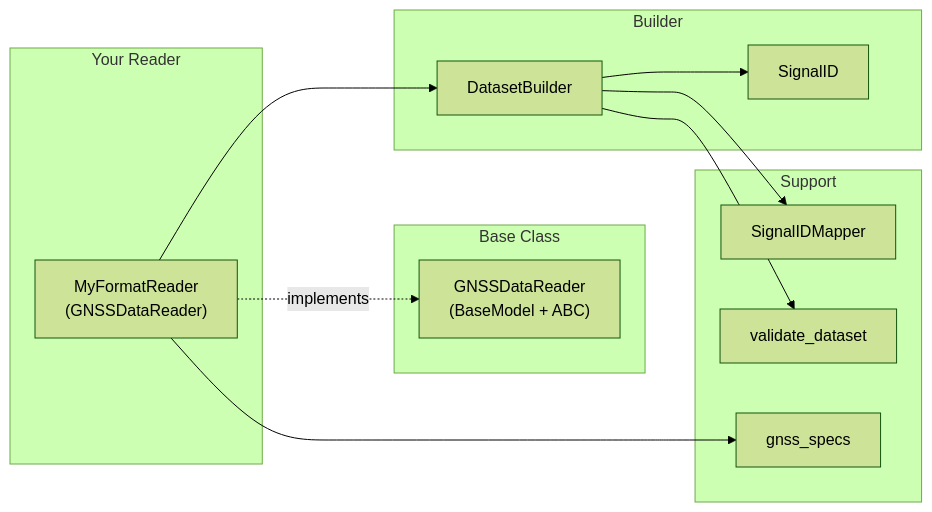
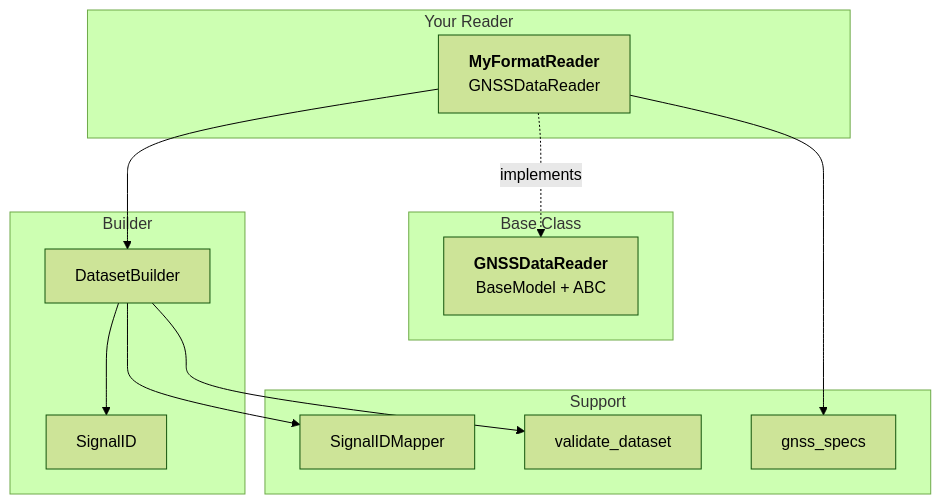
One commit to konstantinschellenberg/canvodpy changed the diagram in docs/packages/readers/building-a-reader.md. Above: the diagram before and after it, drawn with Mermaid (forest theme). The commit also changed 38 other files, not shown here.

````diff
--- a/docs/packages/readers/building-a-reader.md
+++ b/docs/packages/readers/building-a-reader.md
@@ -23,28 +23,30 @@
 ```mermaid
-graph LR
+graph TD
     subgraph "Your Reader"
-        A["MyFormatReader\n(GNSSDataReader)"]
+        A["`**MyFormatReader**
+        GNSSDataReader`"]
     end
 
     subgraph "Base Class"
-        B["GNSSDataReader\n(BaseModel + ABC)"]
+        B["`**GNSSDataReader**
+        BaseModel + ABC`"]
     end
 
     subgraph "Builder"
         C[DatasetBuilder]
         D[SignalID]
     end
 
     subgraph "Support"
         E[SignalIDMapper]
         F[validate_dataset]
         G[gnss_specs]
     end
 
     A -.implements.-> B
     A --> C
     C --> D
     C --> E
     C --> F
     A --> G
 ```
````
